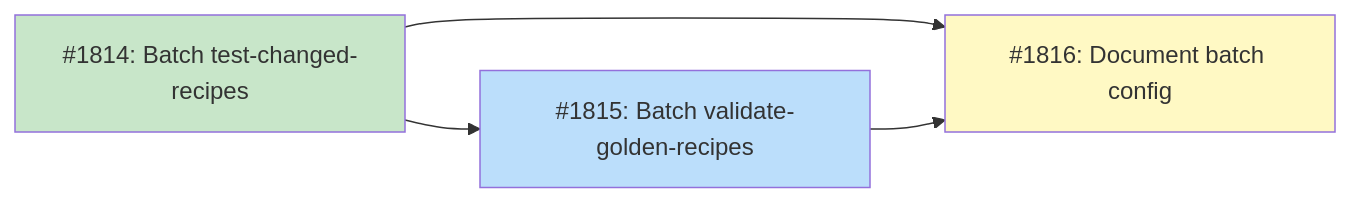
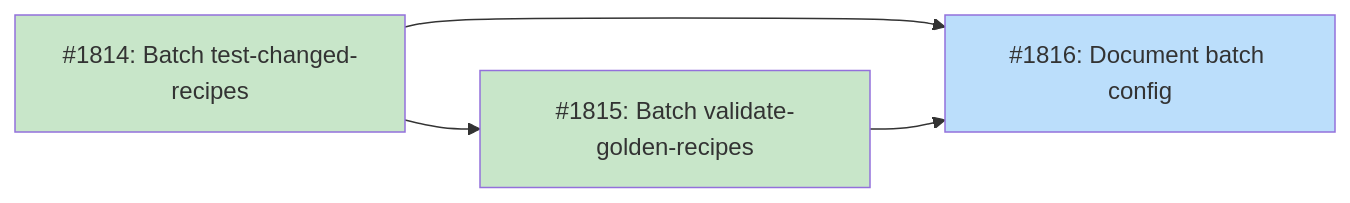
The diagram in docs/designs/DESIGN-recipe-ci-batching.md (tsukumogami/tsuku), drawn with Mermaid before and after one commit. The commit also changed other lines of this file, not shown here.

Commit message:
docs(design): mark #1815 complete in implementation tracking

````diff
--- a/docs/designs/DESIGN-recipe-ci-batching.md
+++ b/docs/designs/DESIGN-recipe-ci-batching.md
@@ -45,20 +45,20 @@
 ```mermaid
 graph LR
     I1814["#1814: Batch test-changed-recipes"]
     I1815["#1815: Batch validate-golden-recipes"]
     I1816["#1816: Document batch config"]
 
     I1814 --> I1815
     I1814 --> I1816
     I1815 --> I1816
 
     classDef done fill:#c8e6c9
     classDef ready fill:#bbdefb
     classDef blocked fill:#fff9c4
     classDef needsDesign fill:#e1bee7
     classDef tracksDesign fill:#FFE0B2,stroke:#F57C00,color:#000
 
     class I1814 done
-    class I1815 ready
-    class I1816 blocked
+    class I1815 done
+    class I1816 ready
 ```
````
